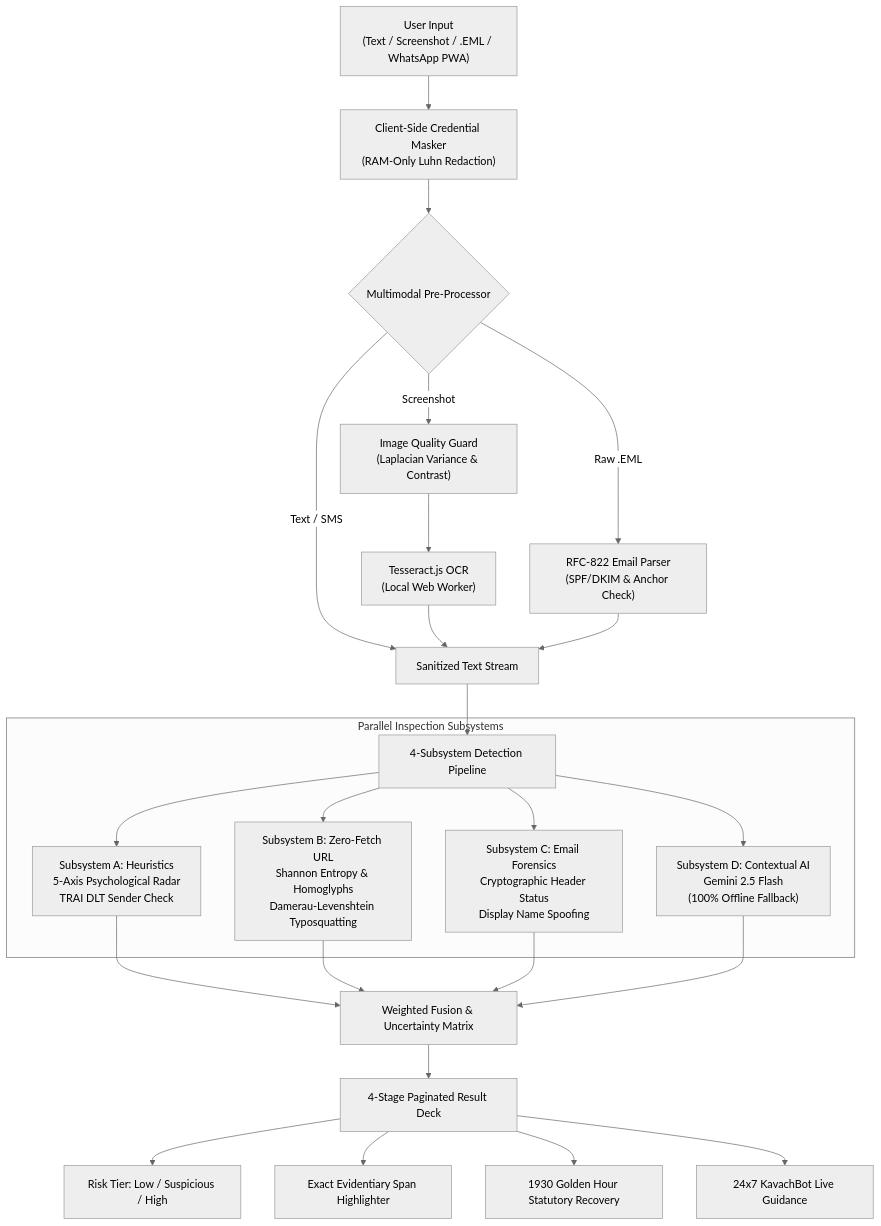
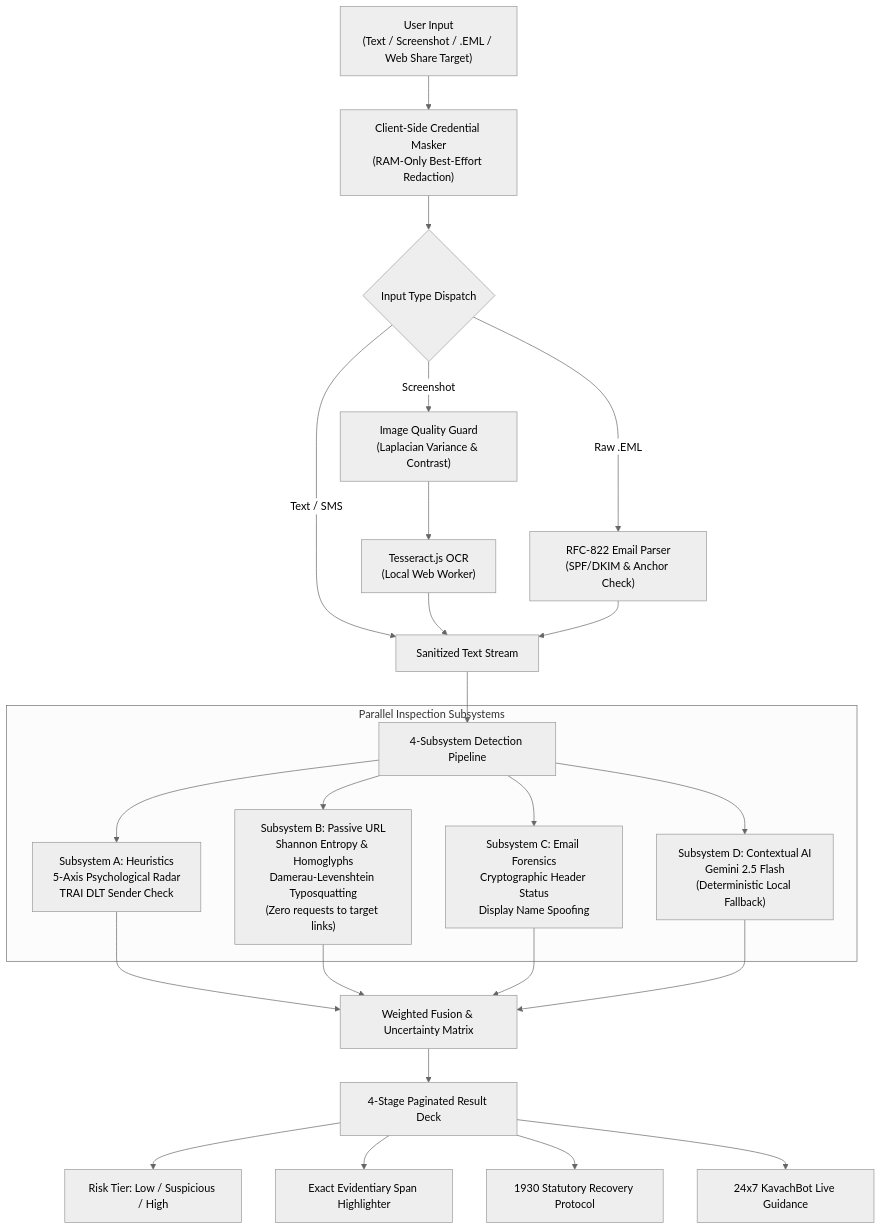
The diagram in README.md (anilsambyal547-source/hptuhackathonanil), drawn with Mermaid (neutral theme) before and after one commit. The commit also changed other lines of this file and 32 other files, not shown here.

````diff
--- a/README.md
+++ b/README.md
@@ -57,33 +57,33 @@
 ```mermaid
 flowchart TD
-    A["User Input\n(Text / Screenshot / .EML / WhatsApp PWA)"] --> B["Client-Side Credential Masker\n(RAM-Only Luhn Redaction)"]
+    A["User Input\n(Text / Screenshot / .EML / Web Share Target)"] --> B["Client-Side Credential Masker\n(RAM-Only Best-Effort Redaction)"]
     
-    B --> C{"Multimodal Pre-Processor"}
+    B --> C{"Input Type Dispatch"}
     C -->|"Screenshot"| D["Image Quality Guard\n(Laplacian Variance & Contrast)"]
     D --> E["Tesseract.js OCR\n(Local Web Worker)"]
     C -->|"Raw .EML"| F["RFC-822 Email Parser\n(SPF/DKIM & Anchor Check)"]
     C -->|"Text / SMS"| G["Sanitized Text Stream"]
     
     E --> G
     F --> G
     
     G --> H["4-Subsystem Detection Pipeline"]
     
     subgraph "Parallel Inspection Subsystems"
         H --> H1["Subsystem A: Heuristics\n5-Axis Psychological Radar\nTRAI DLT Sender Check"]
-        H --> H2["Subsystem B: Zero-Fetch URL\nShannon Entropy & Homoglyphs\nDamerau-Levenshtein Typosquatting"]
+        H --> H2["Subsystem B: Passive URL\nShannon Entropy & Homoglyphs\nDamerau-Levenshtein Typosquatting\n(Zero requests to target links)"]
         H --> H3["Subsystem C: Email Forensics\nCryptographic Header Status\nDisplay Name Spoofing"]
-        H --> H4["Subsystem D: Contextual AI\nGemini 2.5 Flash\n(100% Offline Fallback)"]
+        H --> H4["Subsystem D: Contextual AI\nGemini 2.5 Flash\n(Deterministic Local Fallback)"]
     end
     
     H1 --> I["Weighted Fusion & Uncertainty Matrix"]
     H2 --> I
     H3 --> I
     H4 --> I
     
     I --> J["4-Stage Paginated Result Deck"]
     J --> K1["Risk Tier: Low / Suspicious / High"]
     J --> K2["Exact Evidentiary Span Highlighter"]
-    J --> K3["1930 Golden Hour Statutory Recovery"]
+    J --> K3["1930 Statutory Recovery Protocol"]
     J --> K4["24x7 KavachBot Live Guidance"]
 ```
````
